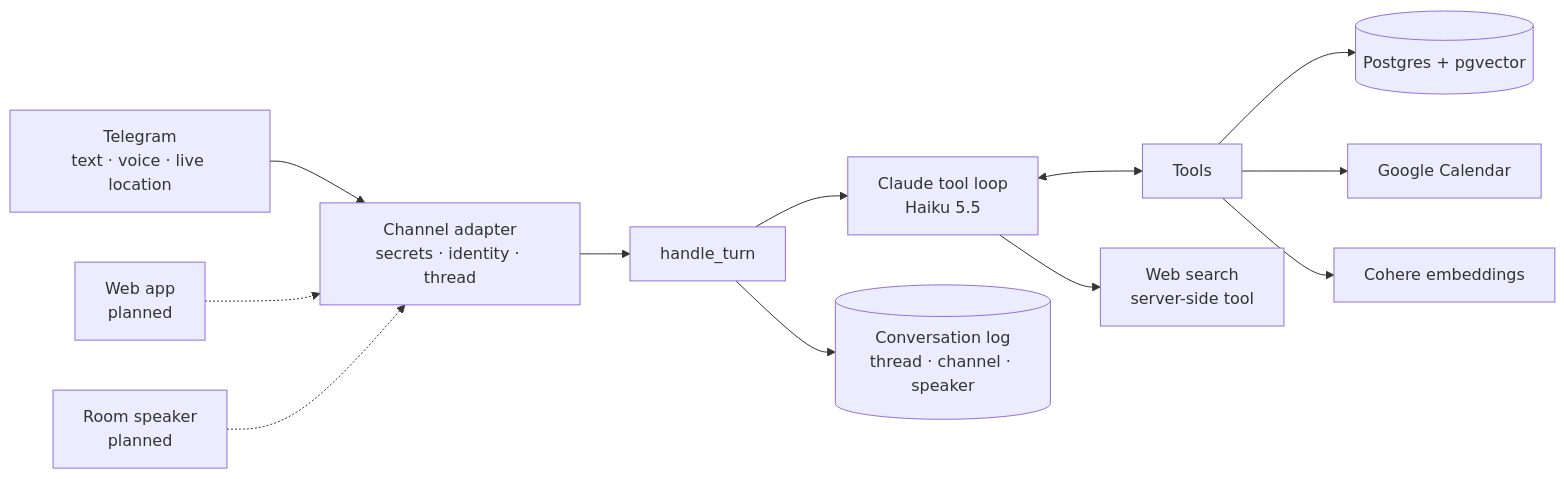
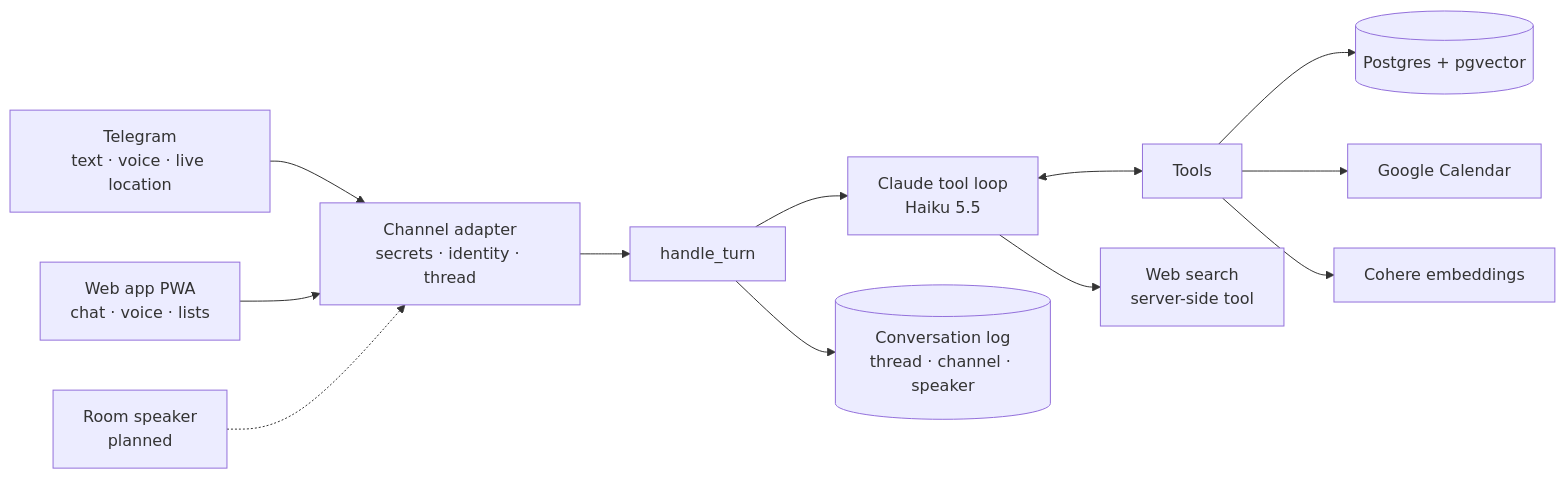
Before and after one commit to dazainer/abdo: the diagram in README.md, drawn with Mermaid. The commit also changed other lines of this file and 56 other files, not shown here.

````diff
--- a/README.md
+++ b/README.md
@@ -16,14 +17,14 @@
 ```mermaid
 flowchart LR
     TG[Telegram<br/>text · voice · live location] --> CH[Channel adapter<br/>secrets · identity · thread]
-    WEB[Web app<br/>planned] -.-> CH
+    WEB[Web app PWA<br/>chat · voice · lists] --> CH
     ROOM[Room speaker<br/>planned] -.-> CH
     CH --> TURN[handle_turn]
     TURN --> BRAIN[Claude tool loop<br/>Haiku 5.5]
     BRAIN <--> TOOLS[Tools]
     TOOLS --> PG[(Postgres + pgvector)]
     TOOLS --> GCAL[Google Calendar]
     TOOLS --> COH[Cohere embeddings]
     BRAIN --> WS[Web search<br/>server-side tool]
     TURN --> LOG[(Conversation log<br/>thread · channel · speaker)]
 ```
````
